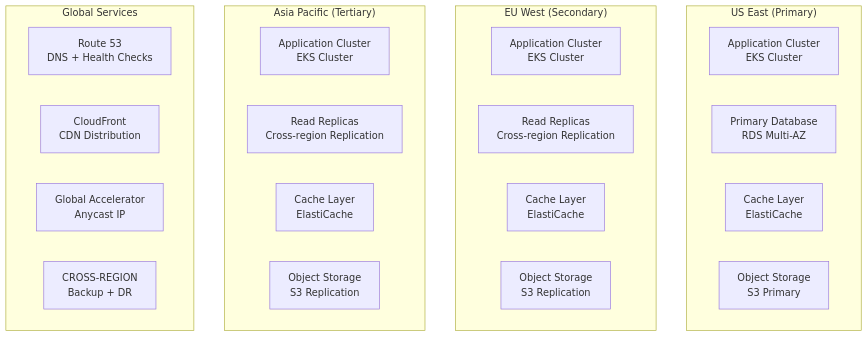
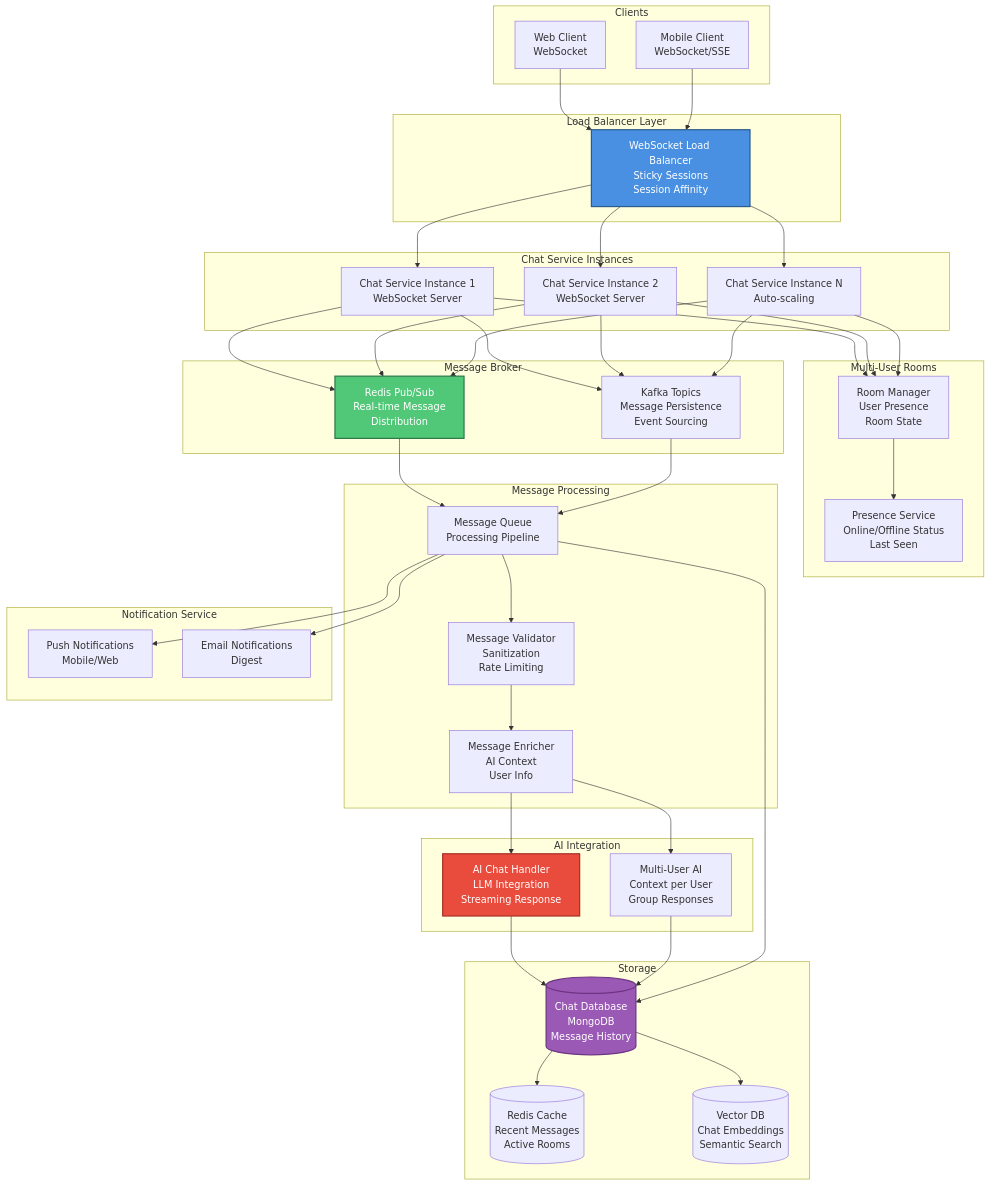
Before and after one commit to amar01vidality/Chat_System_documention_And_Architecture-: the ninth of 10 diagrams in architecture.md, drawn with Mermaid. The commit also changed other lines of this file, not shown here.

````diff
--- a/architecture.md
+++ b/architecture.md
@@ -382,30 +865,94 @@
 ```mermaid
 graph TB
-    subgraph "US East (Primary)"
-        USEAST_APP[Application Cluster<br/>EKS Cluster]
-        USEAST_DB[Primary Database<br/>RDS Multi-AZ]
-        USEAST_CACHE[Cache Layer<br/>ElastiCache]
-        USEAST_STORAGE[Object Storage<br/>S3 Primary]
+    subgraph "Clients"
+        WEB_CLIENT[Web Client<br/>WebSocket]
+        MOBILE_CLIENT[Mobile Client<br/>WebSocket/SSE]
     end
 
-    subgraph "EU West (Secondary)"
-        EUWEST_APP[Application Cluster<br/>EKS Cluster]
-        EUWEST_DB[Read Replicas<br/>Cross-region Replication]
-        EUWEST_CACHE[Cache Layer<br/>ElastiCache]
-        EUWEST_STORAGE[Object Storage<br/>S3 Replication]
+    subgraph "Load Balancer Layer"
+        WS_LB[WebSocket Load Balancer<br/>Sticky Sessions<br/>Session Affinity]
     end
 
-    subgraph "Asia Pacific (Tertiary)"
-        APAC_APP[Application Cluster<br/>EKS Cluster]
-        APAC_DB[Read Replicas<br/>Cross-region Replication]
-        APAC_CACHE[Cache Layer<br/>ElastiCache]
-        APAC_STORAGE[Object Storage<br/>S3 Replication]
+    subgraph "Chat Service Instances"
+        CHAT_INST1[Chat Service Instance 1<br/>WebSocket Server]
+        CHAT_INST2[Chat Service Instance 2<br/>WebSocket Server]
+        CHAT_INST3[Chat Service Instance N<br/>Auto-scaling]
     end
 
-    subgraph "Global Services"
-        ROUTE53[Route 53<br/>DNS + Health Checks]
-        CLOUDFRONT[CloudFront<br/>CDN Distribution]
-        GLOBAL_ACCELERATOR[Global Accelerator<br/>Anycast IP]
-        CROSS_REGION[CROSS-REGION<br/>Backup + DR]
+    subgraph "Message Broker"
+        REDIS_PUBSUB[Redis Pub/Sub<br/>Real-time Message<br/>Distribution]
+        KAFKA_CHAT[Kafka Topics<br/>Message Persistence<br/>Event Sourcing]
     end
+
+    subgraph "Multi-User Rooms"
+        ROOM_MANAGER[Room Manager<br/>User Presence<br/>Room State]
+        PRESENCE[Presence Service<br/>Online/Offline Status<br/>Last Seen]
+    end
+
+    subgraph "Message Processing"
+        MSG_QUEUE[Message Queue<br/>Processing Pipeline]
+        MSG_VALIDATOR[Message Validator<br/>Sanitization<br/>Rate Limiting]
+        MSG_ENRICHER[Message Enricher<br/>AI Context<br/>User Info]
+    end
+
+    subgraph "AI Integration"
+        AI_CHAT[AI Chat Handler<br/>LLM Integration<br/>Streaming Response]
+        AI_MULTI[Multi-User AI<br/>Context per User<br/>Group Responses]
+    end
+
+    subgraph "Storage"
+        CHAT_DB[(Chat Database<br/>MongoDB<br/>Message History)]
+        CACHE_CHAT[(Redis Cache<br/>Recent Messages<br/>Active Rooms)]
+        VECTOR_CHAT[(Vector DB<br/>Chat Embeddings<br/>Semantic Search)]
+    end
+
+    subgraph "Notification Service"
+        PUSH_NOTIF[Push Notifications<br/>Mobile/Web]
+        EMAIL_NOTIF[Email Notifications<br/>Digest]
+    end
+
+    WEB_CLIENT --> WS_LB
+    MOBILE_CLIENT --> WS_LB
+    
+    WS_LB --> CHAT_INST1
+    WS_LB --> CHAT_INST2
+    WS_LB --> CHAT_INST3
+    
+    CHAT_INST1 --> REDIS_PUBSUB
+    CHAT_INST2 --> REDIS_PUBSUB
+    CHAT_INST3 --> REDIS_PUBSUB
+    
+    CHAT_INST1 --> KAFKA_CHAT
+    CHAT_INST2 --> KAFKA_CHAT
+    CHAT_INST3 --> KAFKA_CHAT
+    
+    CHAT_INST1 --> ROOM_MANAGER
+    CHAT_INST2 --> ROOM_MANAGER
+    CHAT_INST3 --> ROOM_MANAGER
+    
+    ROOM_MANAGER --> PRESENCE
+    
+    REDIS_PUBSUB --> MSG_QUEUE
+    KAFKA_CHAT --> MSG_QUEUE
+    
+    MSG_QUEUE --> MSG_VALIDATOR
+    MSG_VALIDATOR --> MSG_ENRICHER
+    
+    MSG_ENRICHER --> AI_CHAT
+    MSG_ENRICHER --> AI_MULTI
+    
+    AI_CHAT --> CHAT_DB
+    AI_MULTI --> CHAT_DB
+    
+    MSG_QUEUE --> CHAT_DB
+    CHAT_DB --> CACHE_CHAT
+    CHAT_DB --> VECTOR_CHAT
+    
+    MSG_QUEUE --> PUSH_NOTIF
+    MSG_QUEUE --> EMAIL_NOTIF
+    
+    style WS_LB fill:#4A90E2,stroke:#2E5C8A,stroke-width:2px,color:#fff
+    style REDIS_PUBSUB fill:#50C878,stroke:#2D7A4A,stroke-width:2px,color:#fff
+    style AI_CHAT fill:#E94B3C,stroke:#A83228,stroke-width:2px,color:#fff
+    style CHAT_DB fill:#9B59B6,stroke:#6C3483,stroke-width:2px,color:#fff
 ```
````
